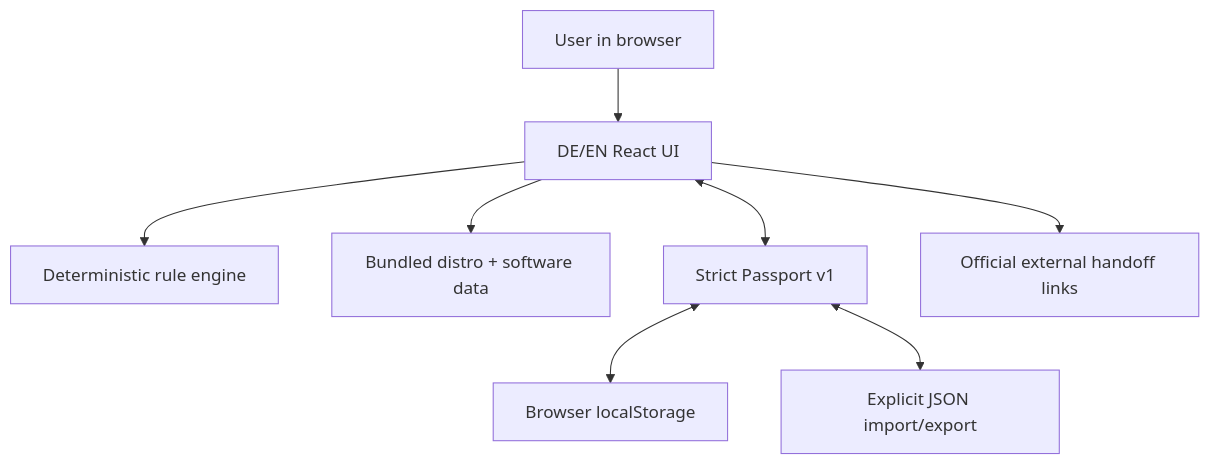
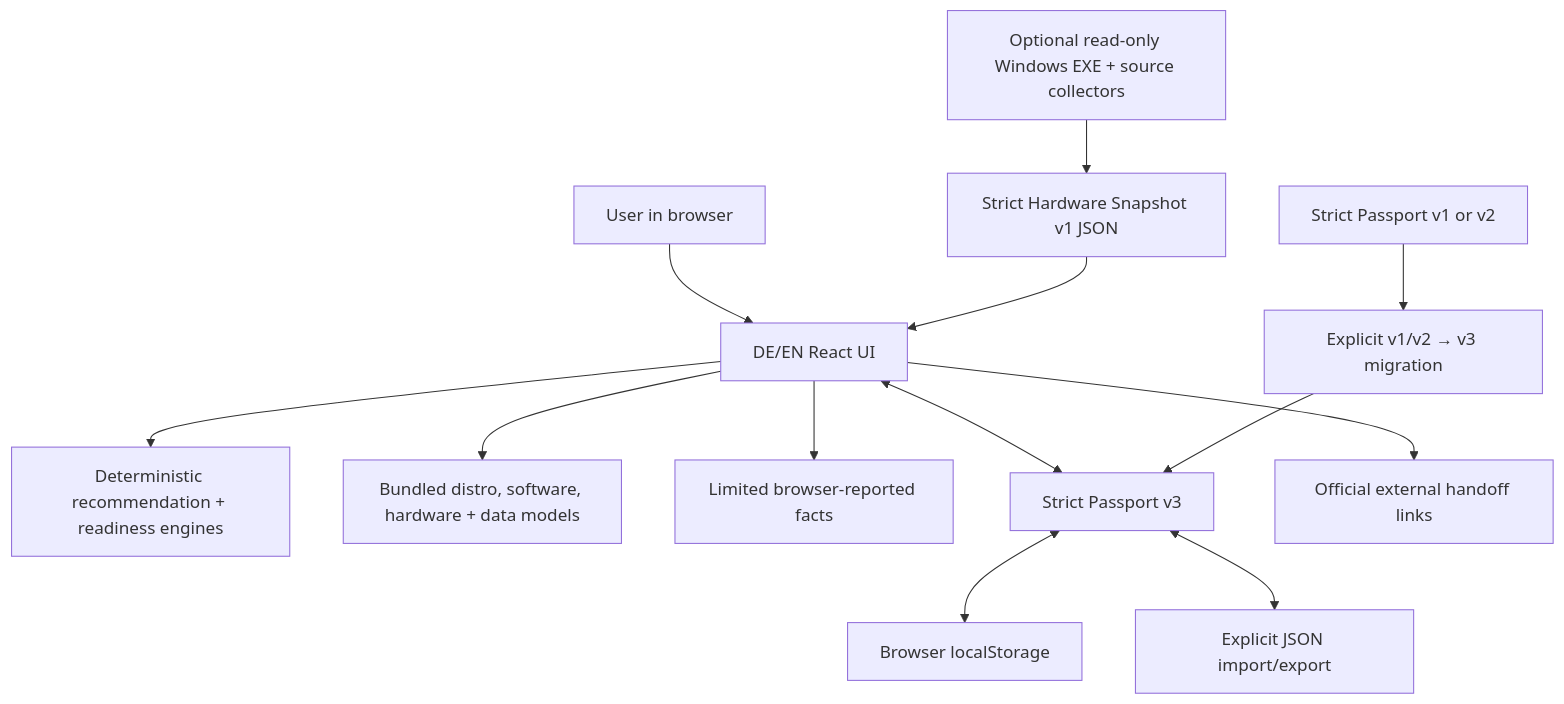
Before and after one commit to dennishilk/linux-migration-companion: the diagram in docs/ARCHITECTURE.md, drawn with Mermaid. The commit also changed other lines of this file and 93 other files, not shown here.

````diff
--- a/docs/ARCHITECTURE.md
+++ b/docs/ARCHITECTURE.md
@@ -7,10 +9,14 @@
 ```mermaid
 flowchart TD
     User["User in browser"] --> UI["DE/EN React UI"]
-    UI --> Engine["Deterministic rule engine"]
-    UI --> Catalog["Bundled distro + software data"]
-    UI <--> Passport["Strict Passport v1"]
+    UI --> Engine["Deterministic recommendation + readiness engines"]
+    UI --> Catalog["Bundled distro, software, hardware + data models"]
+    UI --> BrowserSnapshot["Limited browser-reported facts"]
+    Collectors["Optional read-only Windows EXE + source collectors"] --> SnapshotFile["Strict Hardware Snapshot v1 JSON"]
+    SnapshotFile --> UI
+    UI <--> Passport["Strict Passport v3"]
     Passport <--> Local["Browser localStorage"]
     Passport <--> File["Explicit JSON import/export"]
+    Legacy["Strict Passport v1 or v2"] --> Migrator["Explicit v1/v2 → v3 migration"] --> Passport
     UI --> Links["Official external handoff links"]
 ```
````
